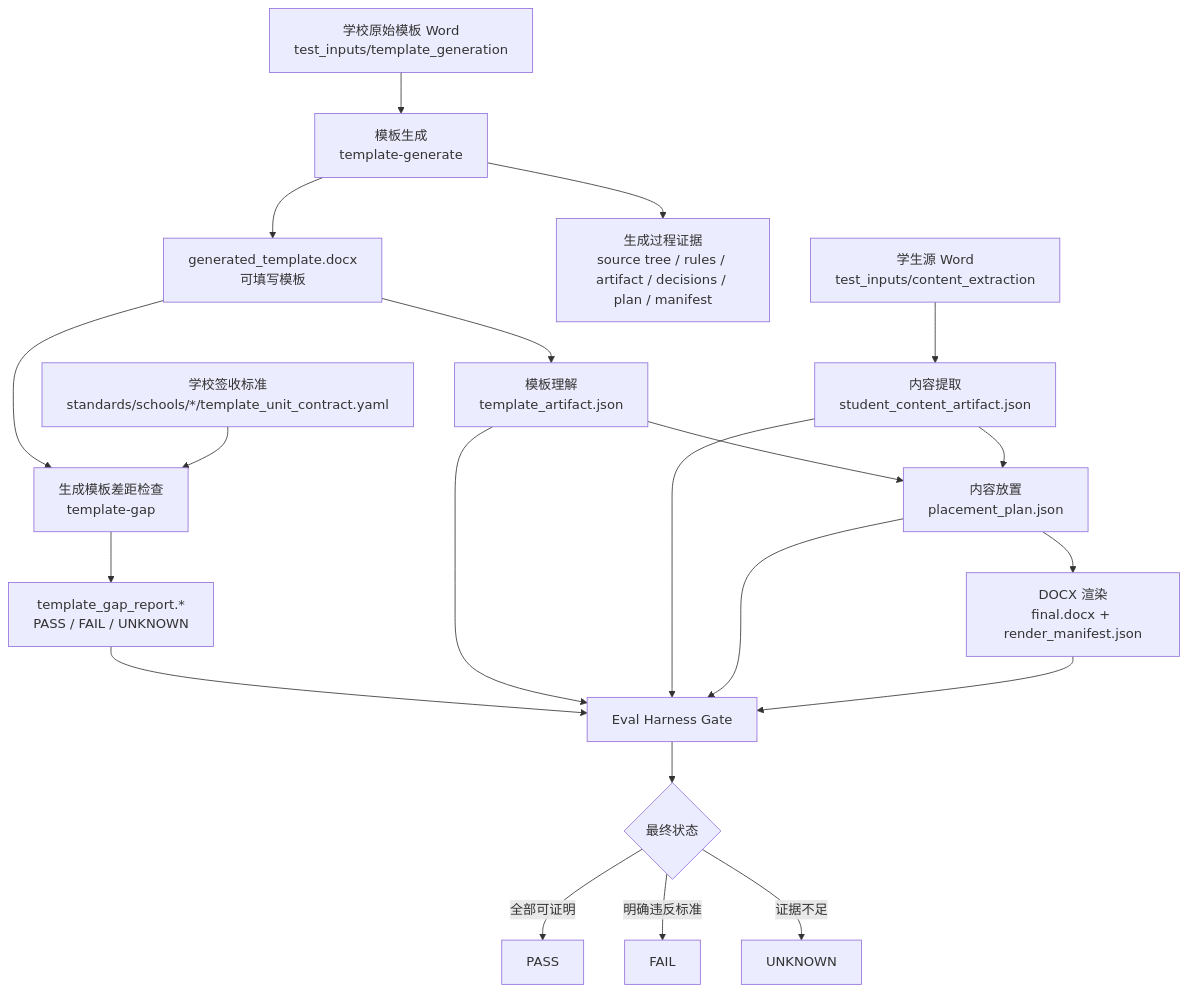
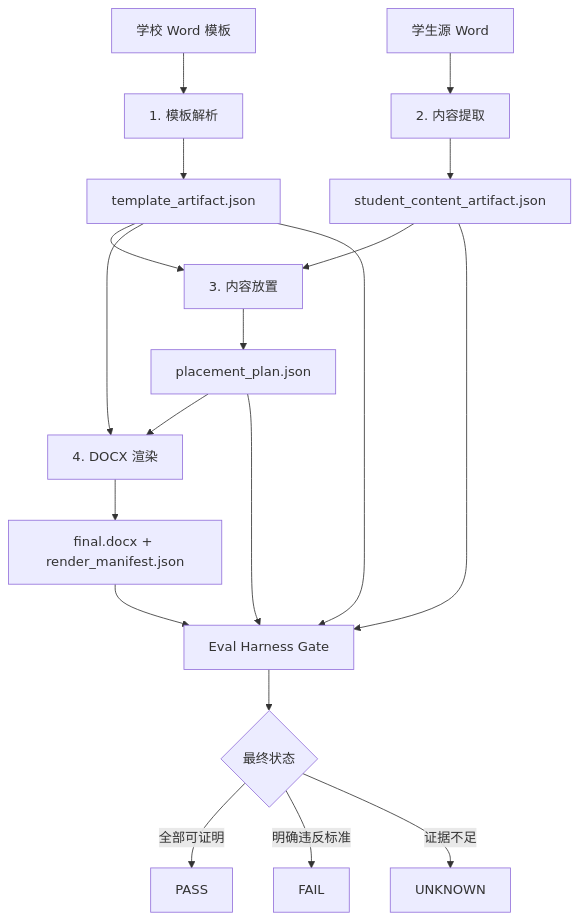
Before and after one commit to bamao88/docfit_v3: the diagram in docs/current/README.md, drawn with Mermaid. The commit also changed other lines of this file and 7 other files, not shown here.

Commit message:
docs: align template generation flow

````diff
--- a/docs/current/README.md
+++ b/docs/current/README.md
@@ -21,26 +43,25 @@
 ```mermaid
 flowchart TD
-  A["学校原始模板 Word<br/>test_inputs/template_generation"] --> B["模板生成<br/>template-generate"]
-  B --> C["generated_template.docx<br/>可填写模板"]
-  B --> B1["生成过程证据<br/>source tree / rules / artifact / decisions / plan / manifest"]
+  A["学校 Word 模板"] --> B["1. 模板解析"]
+  B --> C["template_artifact.json"]
 
-  C --> D["生成模板差距检查<br/>template-gap"]
-  E["学校签收标准<br/>standards/schools/*/template_unit_contract.yaml"] --> D
-  D --> F["template_gap_report.*<br/>PASS / FAIL / UNKNOWN"]
+  D["学生源 Word"] --> E["2. 内容提取"]
+  E --> F["student_content_artifact.json"]
 
-  C --> G["模板理解<br/>template_artifact.json"]
-  H["学生源 Word<br/>test_inputs/content_extraction"] --> I["内容提取<br/>student_content_artifact.json"]
-  G --> J["内容放置<br/>placement_plan.json"]
-  I --> J
-  J --> K["DOCX 渲染<br/>final.docx + render_manifest.json"]
+  C --> G["3. 内容放置"]
+  F --> G
+  G --> H["placement_plan.json"]
 
-  F --> L["Eval Harness Gate"]
-  G --> L
-  I --> L
-  J --> L
-  K --> L
-  L --> M{"最终状态"}
-  M -->|全部可证明| N["PASS"]
-  M -->|明确违反标准| O["FAIL"]
-  M -->|证据不足| P["UNKNOWN"]
+  H --> I["4. DOCX 渲染"]
+  C --> I
+  I --> J["final.docx + render_manifest.json"]
+
+  C --> K["Eval Harness Gate"]
+  F --> K
+  H --> K
+  J --> K
+  K --> L{"最终状态"}
+  L -->|全部可证明| M["PASS"]
+  L -->|明确违反标准| N["FAIL"]
+  L -->|证据不足| O["UNKNOWN"]
 ```
````
